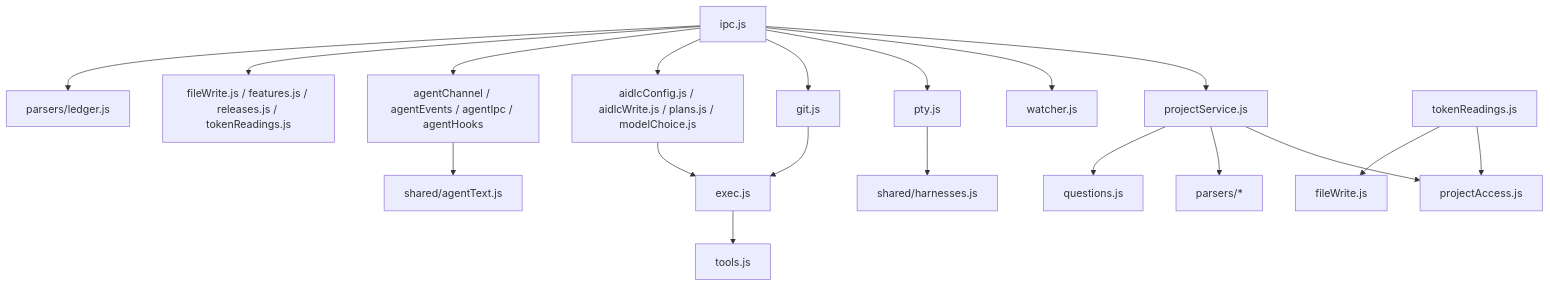
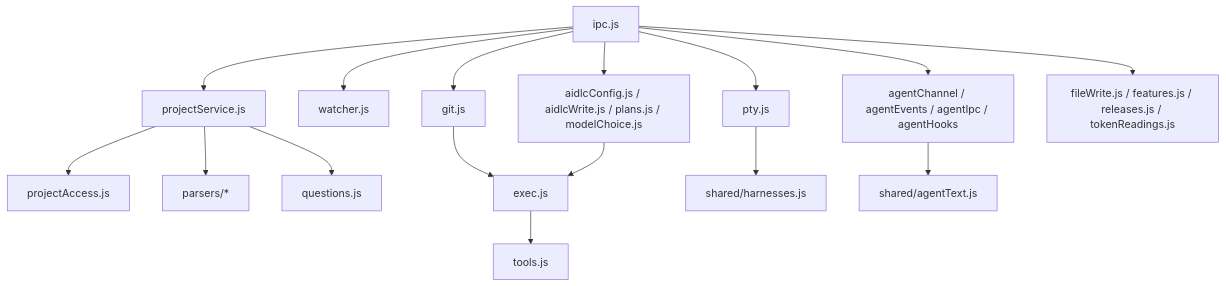
Before and after one commit to tochman/ai-dlc-thadeus: the diagram in aidlc/spaces/default/codekb/aidlc-dash/dependencies.md, drawn with Mermaid. The commit also changed other lines of this file and 55 other files, not shown here.

````diff
--- a/aidlc/spaces/default/codekb/aidlc-dash/dependencies.md
+++ b/aidlc/spaces/default/codekb/aidlc-dash/dependencies.md
@@ -7,21 +7,18 @@
 ```mermaid
 flowchart TD
   IPC[ipc.js] --> PS[projectService.js]
   IPC --> W[watcher.js]
   IPC --> PTY[pty.js]
   IPC --> GIT[git.js]
   IPC --> CFG[aidlcConfig.js / aidlcWrite.js / plans.js / modelChoice.js]
   IPC --> AG[agentChannel / agentEvents / agentIpc / agentHooks]
   IPC --> FW[fileWrite.js / features.js / releases.js / tokenReadings.js]
-  IPC --> LP[parsers/ledger.js]
   PS --> PA[projectAccess.js]
   PS --> P[parsers/*]
   PS --> Q[questions.js]
-  TR[tokenReadings.js] --> PA
-  TR --> FWR[fileWrite.js]
   GIT --> EX[exec.js]
   CFG --> EX
   PTY --> H[shared/harnesses.js]
   EX --> T[tools.js]
   AG --> AT[shared/agentText.js]
 ```
````
